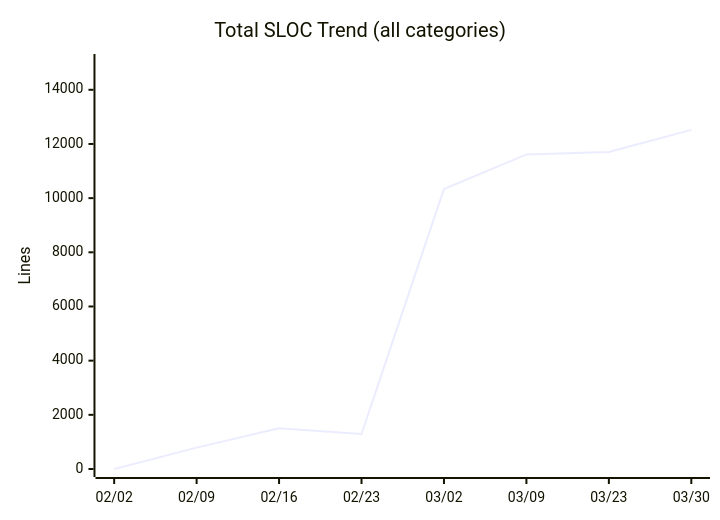
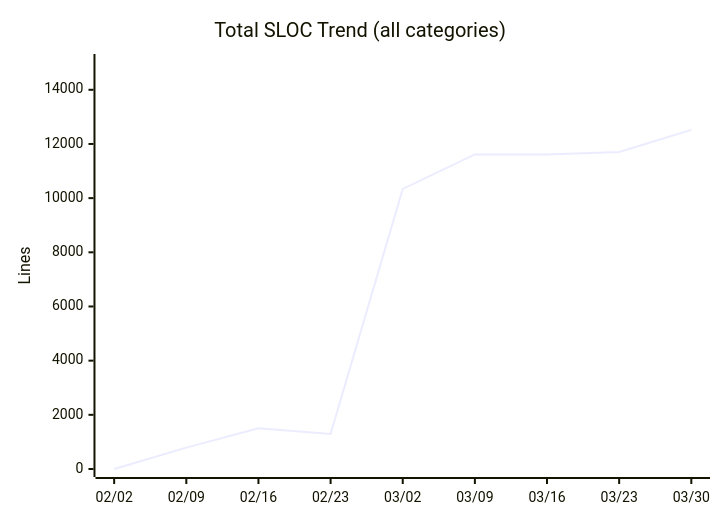
One commit to nablarch/nabledge-dev changed the eighth of 14 diagrams in docs/metrics.md. Above: the diagram before and after it, drawn with Mermaid. The commit also changed other lines of this file, not shown here.

````diff
--- a/docs/metrics.md
+++ b/docs/metrics.md
@@ -121,7 +121,7 @@
 ```mermaid
 xychart-beta
   title "Total SLOC Trend (all categories)"
-  x-axis ["02/02", "02/09", "02/16", "02/23", "03/02", "03/09", "03/23", "03/30"]
+  x-axis ["02/02", "02/09", "02/16", "02/23", "03/02", "03/09", "03/16", "03/23", "03/30"]
   y-axis "Lines" 0 --> 15026
-  line [0, 789, 1503, 1293, 10339, 11613, 11704, 12521]
+  line [0, 789, 1503, 1293, 10339, 11613, 11613, 11704, 12521]
 ```
````
